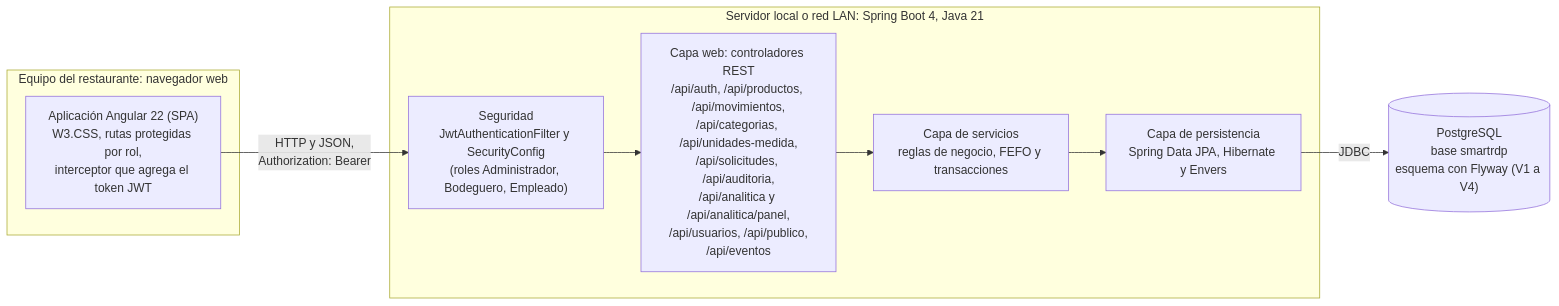
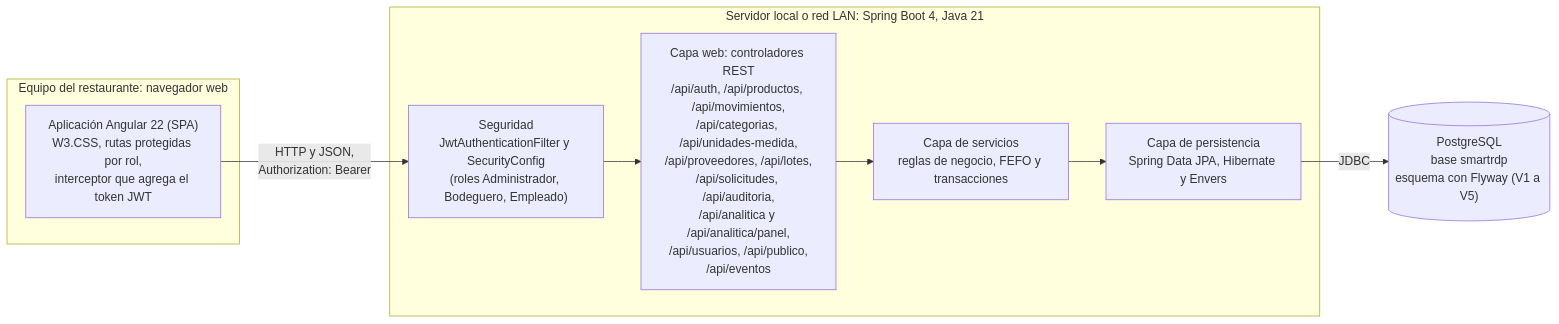
Before and after one commit to ezequielesq/SAN-BERNARDO-MALLEN-GONZALEZ-PTY4614-002D-EQUIPO-3: the fifth of 6 diagrams in FASE 2/EVIDENCIAS PROYECTO/EVIDENCIAS DE DOCUMENTACIÓN/08-DIAGRAMAS-UML.md, drawn with Mermaid. The commit also changed other lines of this file and 6 other files, not shown here.

Commit message:
docs(modelo): proveedores, lotes.proveedor_id y diagramas actualizados (iteración 6)

````diff
--- a/FASE 2/EVIDENCIAS PROYECTO/EVIDENCIAS DE DOCUMENTACIÓN/08-DIAGRAMAS-UML.md
+++ b/FASE 2/EVIDENCIAS PROYECTO/EVIDENCIAS DE DOCUMENTACIÓN/08-DIAGRAMAS-UML.md
@@ -288,19 +301,19 @@
 ```mermaid
 flowchart LR
     subgraph CL["Equipo del restaurante: navegador web"]
         SPA["Aplicación Angular 22 (SPA)<br/>W3.CSS, rutas protegidas por rol,<br/>interceptor que agrega el token JWT"]
     end
 
     subgraph SRV["Servidor local o red LAN: Spring Boot 4, Java 21"]
         SEC["Seguridad<br/>JwtAuthenticationFilter y SecurityConfig<br/>(roles Administrador, Bodeguero, Empleado)"]
-        CTL["Capa web: controladores REST<br/>/api/auth, /api/productos, /api/movimientos,<br/>/api/categorias, /api/unidades-medida,<br/>/api/solicitudes, /api/auditoria,<br/>/api/analitica y /api/analitica/panel,<br/>/api/usuarios, /api/publico,<br/>/api/eventos"]
+        CTL["Capa web: controladores REST<br/>/api/auth, /api/productos, /api/movimientos,<br/>/api/categorias, /api/unidades-medida,<br/>/api/proveedores, /api/lotes,<br/>/api/solicitudes, /api/auditoria,<br/>/api/analitica y /api/analitica/panel,<br/>/api/usuarios, /api/publico,<br/>/api/eventos"]
         SVC["Capa de servicios<br/>reglas de negocio, FEFO y transacciones"]
         REP["Capa de persistencia<br/>Spring Data JPA, Hibernate y Envers"]
         SEC --> CTL --> SVC --> REP
     end
 
-    DB[("PostgreSQL<br/>base smartrdp<br/>esquema con Flyway (V1 a V4)")]
+    DB[("PostgreSQL<br/>base smartrdp<br/>esquema con Flyway (V1 a V5)")]
 
     SPA -- "HTTP y JSON,<br/>Authorization: Bearer" --> SEC
     REP -- "JDBC" --> DB
 ```
````
